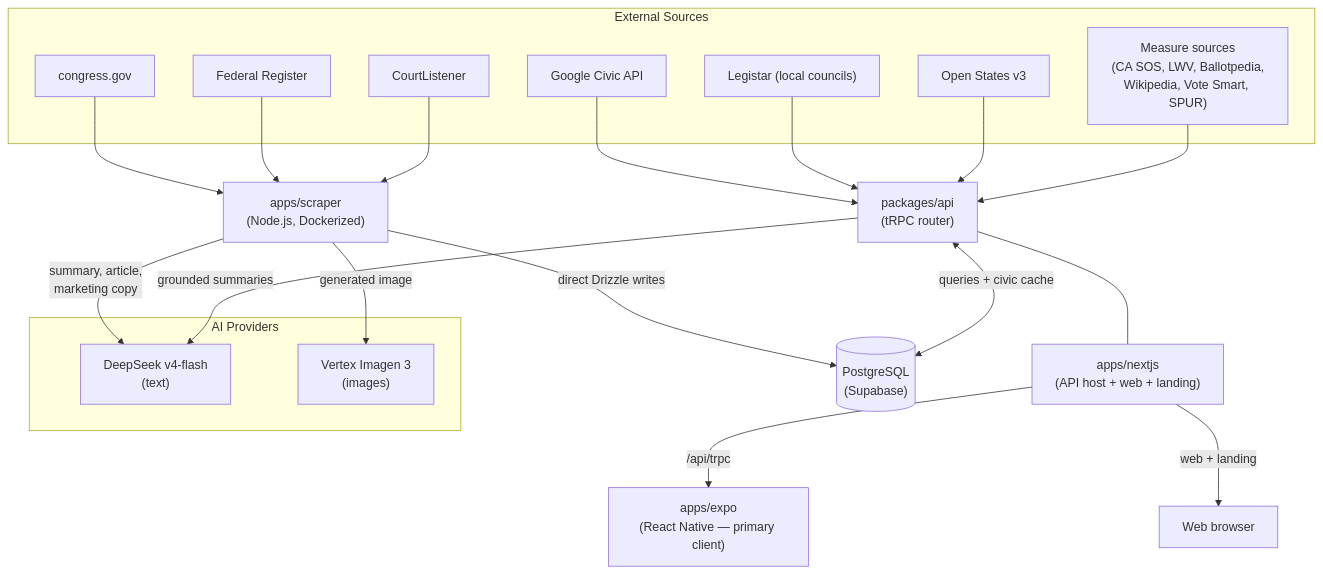
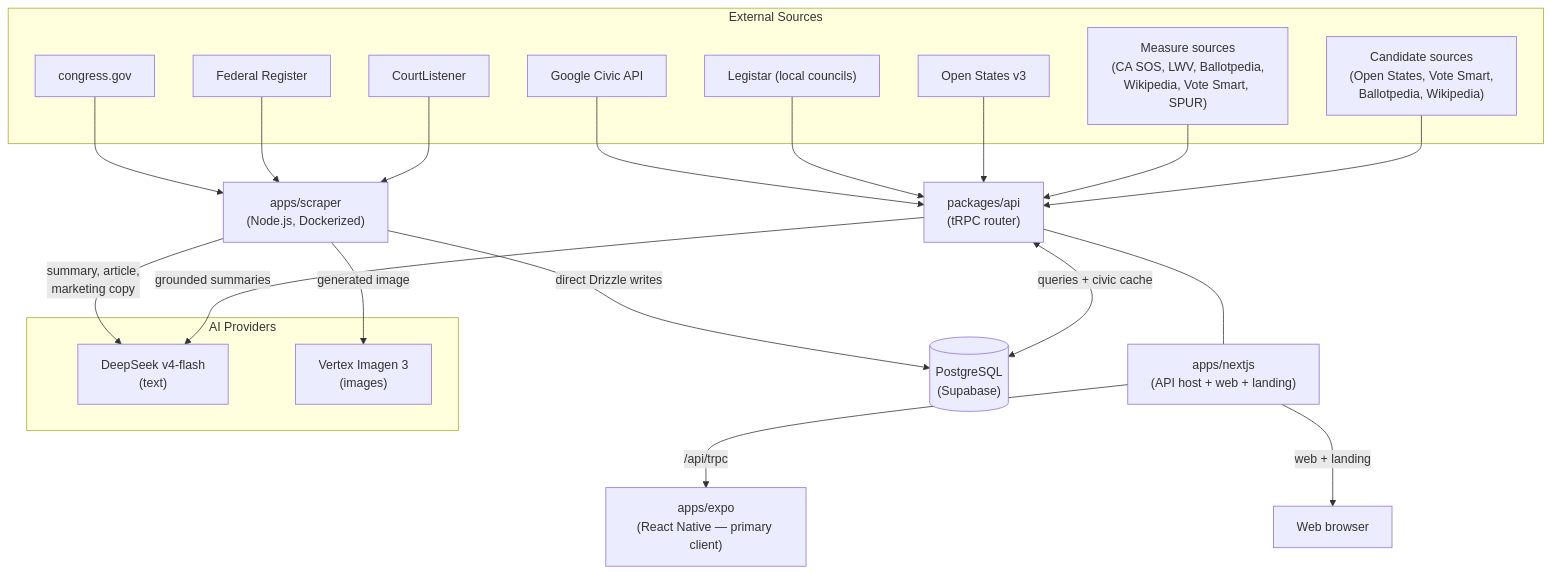
The first of 6 diagrams in ARCHITECTURE.md (billion-app/billion), drawn with Mermaid before and after one commit. The commit also changed other lines of this file and 16 other files, not shown here.

````diff
--- a/ARCHITECTURE.md
+++ b/ARCHITECTURE.md
@@ -9,41 +9,43 @@
 ```mermaid
 flowchart TB
     subgraph sources["External Sources"]
         congress["congress.gov"]
         fedreg["Federal Register"]
         courtlistener["CourtListener"]
         gcivic["Google Civic API"]
         legistar["Legistar (local councils)"]
         openstates["Open States v3"]
         measuresrc["Measure sources<br/>(CA SOS, LWV, Ballotpedia,<br/>Wikipedia, Vote Smart, SPUR)"]
+        candsrc["Candidate sources<br/>(Open States, Vote Smart,<br/>Ballotpedia, Wikipedia)"]
     end
 
     subgraph ai["AI Providers"]
         deepseek["DeepSeek v4-flash<br/>(text)"]
         imagen["Vertex Imagen 3<br/>(images)"]
     end
 
     scraper["apps/scraper<br/>(Node.js, Dockerized)"]
     api["packages/api<br/>(tRPC router)"]
     db[("PostgreSQL<br/>(Supabase)")]
     nextjs["apps/nextjs<br/>(API host + web + landing)"]
     expo["apps/expo<br/>(React Native — primary client)"]
 
     congress --> scraper
     fedreg --> scraper
     courtlistener --> scraper
     scraper -->|"summary, article,<br/>marketing copy"| deepseek
     scraper -->|"generated image"| imagen
     scraper -->|"direct Drizzle writes"| db
 
     gcivic --> api
     legistar --> api
     openstates --> api
     measuresrc --> api
+    candsrc --> api
     api -->|"grounded summaries"| deepseek
     api <-->|"queries + civic cache"| db
 
     api --- nextjs
     nextjs -->|"/api/trpc"| expo
     nextjs -->|"web + landing"| browser["Web browser"]
 ```
````
